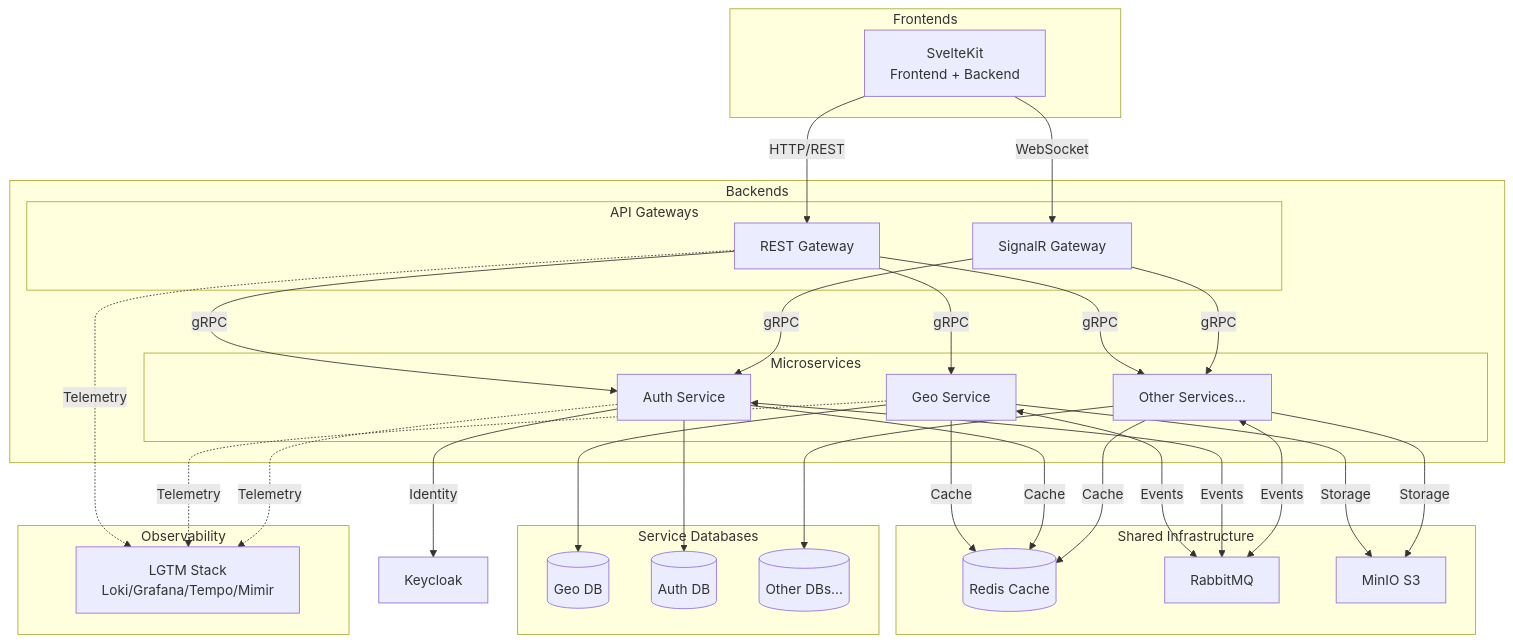
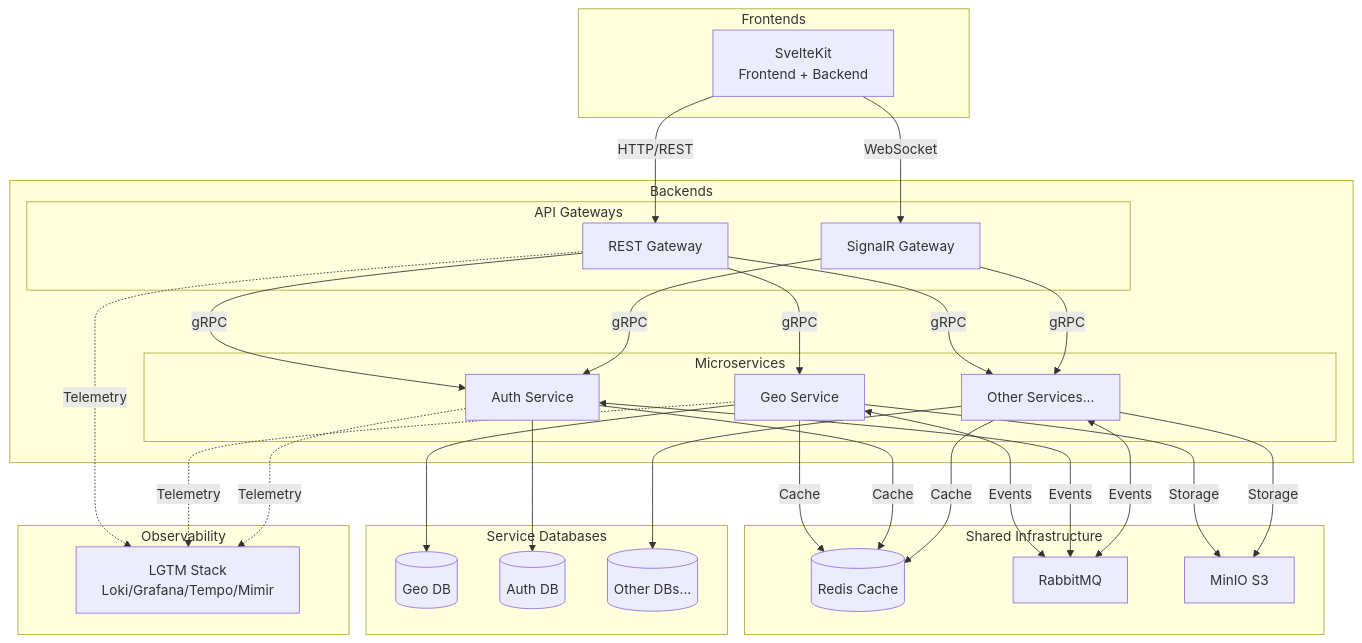
One commit to DCSV-io/D2-WORX changed the diagram in README.md. Above: the diagram before and after it, drawn with Mermaid. The commit also changed other lines of this file and 427 other files, not shown here.

````diff
--- a/README.md
+++ b/README.md
@@ -99,65 +105,63 @@
 ```mermaid
 graph TB
     subgraph Frontends
         SK[SvelteKit<br/>Frontend + Backend]
     end
 
     subgraph Backends
         subgraph "API Gateways"
             REST[REST Gateway]
             SR[SignalR Gateway]
         end
 
         subgraph "Microservices"
             GEO[Geo Service]
             AUTH[Auth Service]
             OTHER[Other Services...]
         end
     end
 
     subgraph "Shared Infrastructure"
         REDIS[(Redis Cache)]
         RMQ[RabbitMQ]
         MINIO[MinIO S3]
     end
 
     subgraph "Service Databases"
         GEODB[(Geo DB)]
         AUTHDB[(Auth DB)]
         OTHERDB[(Other DBs...)]
     end
 
     subgraph "Observability"
         LGTM[LGTM Stack<br/>Loki/Grafana/Tempo/Mimir]
     end
 
     SK -->|HTTP/REST| REST
     SK -->|WebSocket| SR
 
     REST -->|gRPC| GEO
     REST -->|gRPC| AUTH
     REST -->|gRPC| OTHER
     SR -->|gRPC| AUTH
     SR -->|gRPC| OTHER
 
     GEO <-->|Events| RMQ
     AUTH <-->|Events| RMQ
     OTHER <-->|Events| RMQ
 
     GEO -->|Cache| REDIS
     AUTH -->|Cache| REDIS
     OTHER -->|Cache| REDIS
 
     GEO -->|Storage| MINIO
     OTHER -->|Storage| MINIO
 
-    AUTH -->|Identity| KC[Keycloak]
-
     GEO --> GEODB
     AUTH --> AUTHDB
     OTHER --> OTHERDB
 
     REST -.->|Telemetry| LGTM
     GEO -.->|Telemetry| LGTM
     AUTH -.->|Telemetry| LGTM
 ```
````
